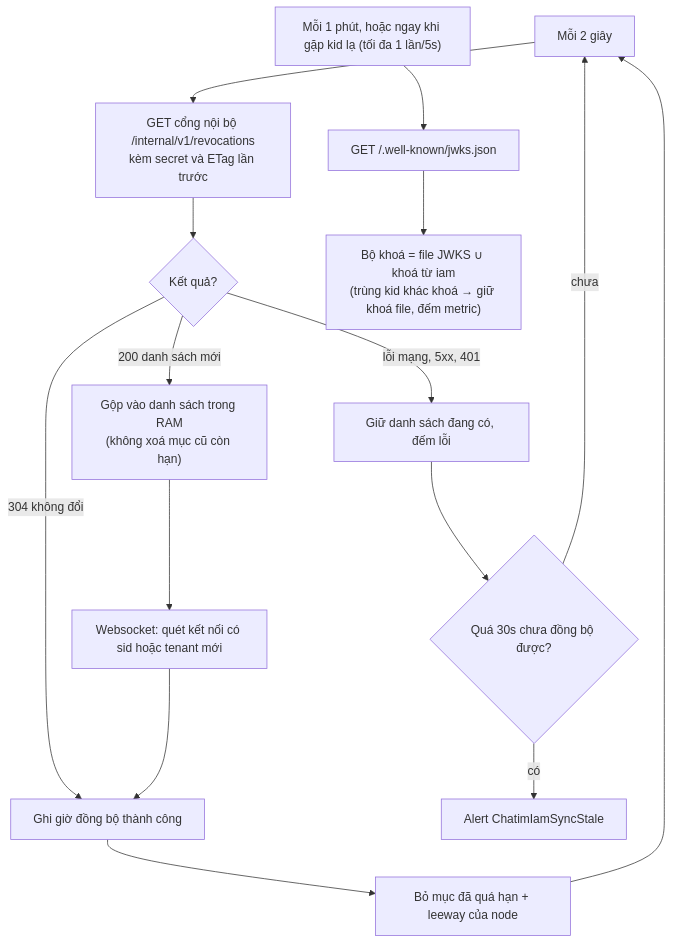
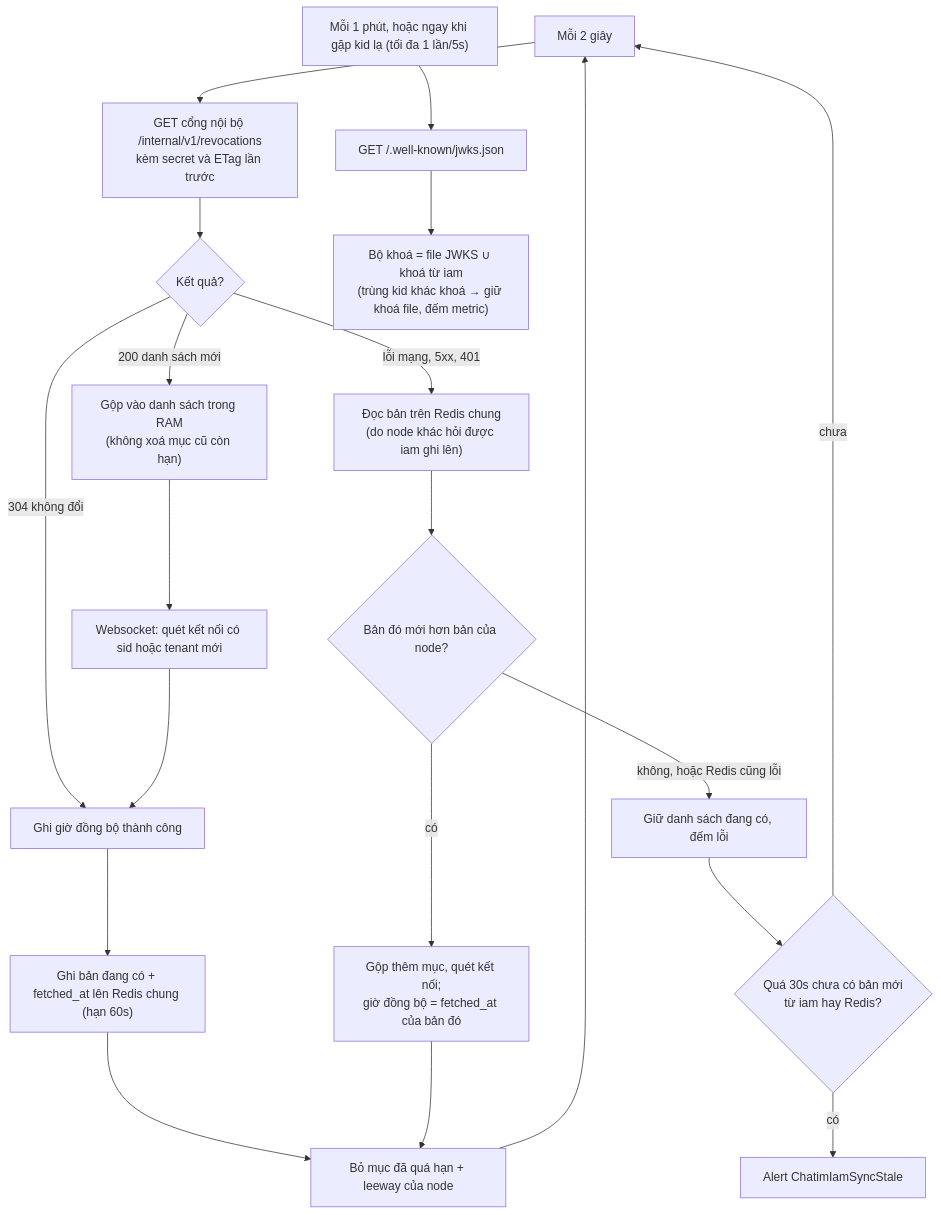
One commit to ivannguyendev/chatim changed the third of 6 diagrams in docs/plans/2026-10-27-m6-2-thu-hoi-toi-node-summary.md. Above: the diagram before and after it, drawn with Mermaid. The commit also changed other lines of this file, not shown here.

First line of the commit message:
docs(m6): share the revocation list between nodes through redis

````diff
--- a/docs/plans/2026-10-27-m6-2-thu-hoi-toi-node-summary.md
+++ b/docs/plans/2026-10-27-m6-2-thu-hoi-toi-node-summary.md
@@ -101,16 +105,20 @@
 ```mermaid
 flowchart TD
   S["Mỗi 2 giây"] --> Q["GET cổng nội bộ /internal/v1/revocations<br/>kèm secret và ETag lần trước"]
   Q --> C{"Kết quả?"}
   C -->|304 không đổi| OK["Ghi giờ đồng bộ thành công"]
   C -->|200 danh sách mới| M["Gộp vào danh sách trong RAM<br/>(không xoá mục cũ còn hạn)"]
   M --> SC["Websocket: quét kết nối có sid hoặc tenant mới"]
   SC --> OK
-  C -->|lỗi mạng, 5xx, 401| KEEP["Giữ danh sách đang có, đếm lỗi"]
-  KEEP --> ST{"Quá 30s chưa đồng bộ được?"}
+  OK --> PUT["Ghi bản đang có + fetched_at lên Redis chung (hạn 60s)"]
+  PUT --> EX["Bỏ mục đã quá hạn + leeway của node"] --> S
+  C -->|lỗi mạng, 5xx, 401| SH["Đọc bản trên Redis chung<br/>(do node khác hỏi được iam ghi lên)"]
+  SH --> SN{"Bản đó mới hơn bản của node?"}
+  SN -->|có| SM["Gộp thêm mục, quét kết nối;<br/>giờ đồng bộ = fetched_at của bản đó"] --> EX
+  SN -->|"không, hoặc Redis cũng lỗi"| KEEP["Giữ danh sách đang có, đếm lỗi"]
+  KEEP --> ST{"Quá 30s chưa có bản mới<br/>từ iam hay Redis?"}
   ST -->|có| AL["Alert ChatimIamSyncStale"]
   ST -->|chưa| S
-  OK --> EX["Bỏ mục đã quá hạn + leeway của node"] --> S
   K["Mỗi 1 phút, hoặc ngay khi gặp kid lạ (tối đa 1 lần/5s)"] --> J["GET /.well-known/jwks.json"]
   J --> KS["Bộ khoá = file JWKS ∪ khoá từ iam<br/>(trùng kid khác khoá → giữ khoá file, đếm metric)"]
 ```
````
